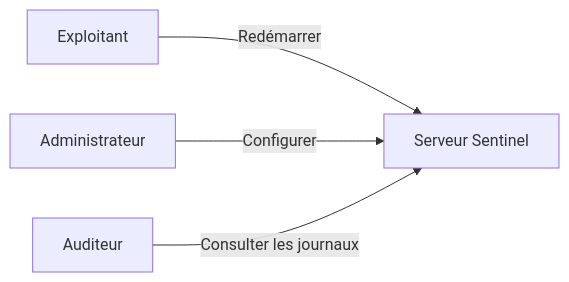
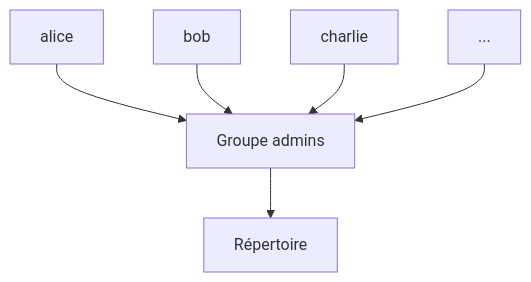
One commit to tdelaclos/formations changed diagram 17 of 21 in campagne 1/1.7.md. Above: the diagram before and after it, drawn with Mermaid. The commit also changed other lines of this file, not shown here.

````diff
--- a/campagne 1/1.7.md
+++ b/campagne 1/1.7.md
@@ -713,15 +982,22 @@
 ```mermaid
-flowchart LR
+flowchart TD
 
-A["Exploitant"]
+A["alice"]
 
-B["Administrateur"]
+B["bob"]
 
-C["Auditeur"]
+C["charlie"]
 
-D["Serveur Sentinel"]
+D["..."]
 
-A -->|"Redémarrer"| D
-B -->|"Configurer"| D
-C -->|"Consulter les journaux"| D
+E["Groupe admins"]
+
+F["Répertoire"]
+
+A --> E
+B --> E
+C --> E
+D --> E
+
+E --> F
 ```
````
